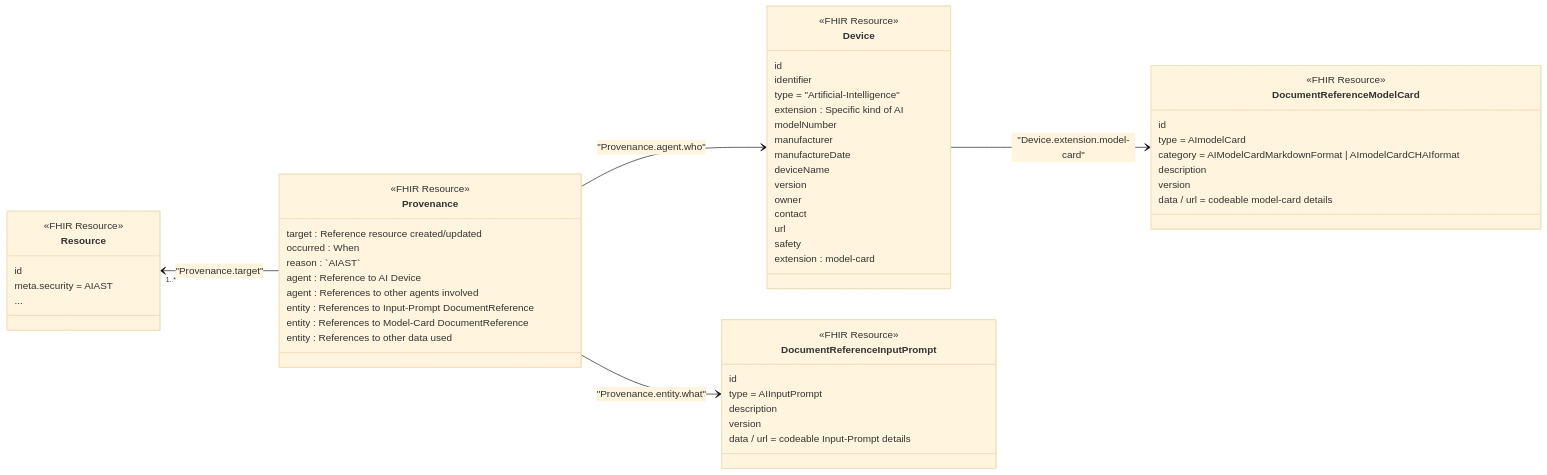
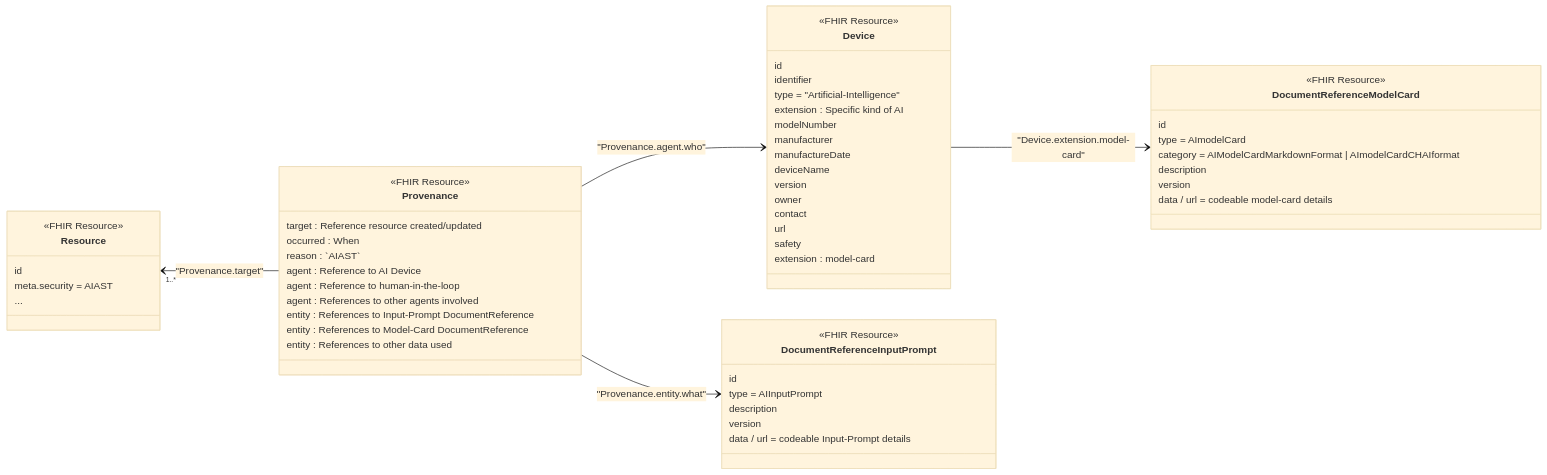
One commit to HL7/aitransparency-ig changed the second of 2 diagrams in input/pagecontent/requirements.md. Above: the diagram before and after it, drawn with Mermaid (base theme). The commit also changed other lines of this file and 12 other files, not shown here.

````diff
--- a/input/pagecontent/requirements.md
+++ b/input/pagecontent/requirements.md
@@ -149,64 +153,65 @@
 ```mermaid
 classDiagram
     direction LR
     class Resource {
         <<FHIR Resource>>
         id
         meta.security = AIAST
         ...
     }
 
     class Provenance {
         <<FHIR Resource>>
         target : Reference resource created/updated
         occurred : When
         reason : `AIAST`
         agent : Reference to AI Device
+        agent : Reference to human-in-the-loop
         agent : References to other agents involved
         entity : References to Input-Prompt DocumentReference
         entity : References to Model-Card DocumentReference
         entity : References to other data used
     }
 
     class Device {
         <<FHIR Resource>>
         id
         identifier
         type = "Artificial-Intelligence"
         extension : Specific kind of AI
         modelNumber
         manufacturer
         manufactureDate
         deviceName
         version
         owner
         contact
         url
         safety
         extension : model-card
     }
 
     class DocumentReferenceModelCard {
         <<FHIR Resource>>
         id
         type = AImodelCard
         category = AIModelCardMarkdownFormat  | AImodelCardCHAIformat
         description
         version
         data / url = codeable model-card details
     }
 
     class DocumentReferenceInputPrompt {
         <<FHIR Resource>>
         id
         type = AIInputPrompt
         description
         version
         data / url = codeable Input-Prompt details
     }
 
     Resource "1..*" <-- Provenance : "Provenance.target"
     Provenance --> Device : "Provenance.agent.who"
     Device --> DocumentReferenceModelCard : "Device.extension.model-card"
     Provenance --> DocumentReferenceInputPrompt : "Provenance.entity.what"
 ```
````
